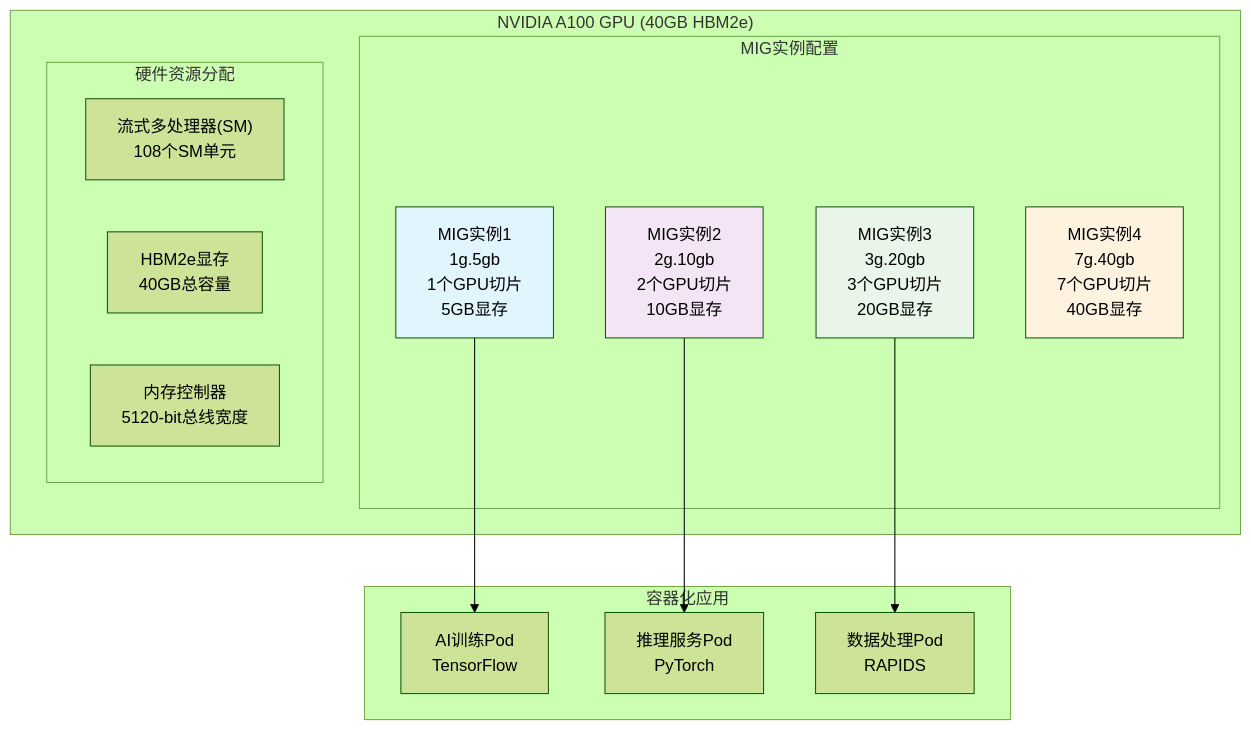
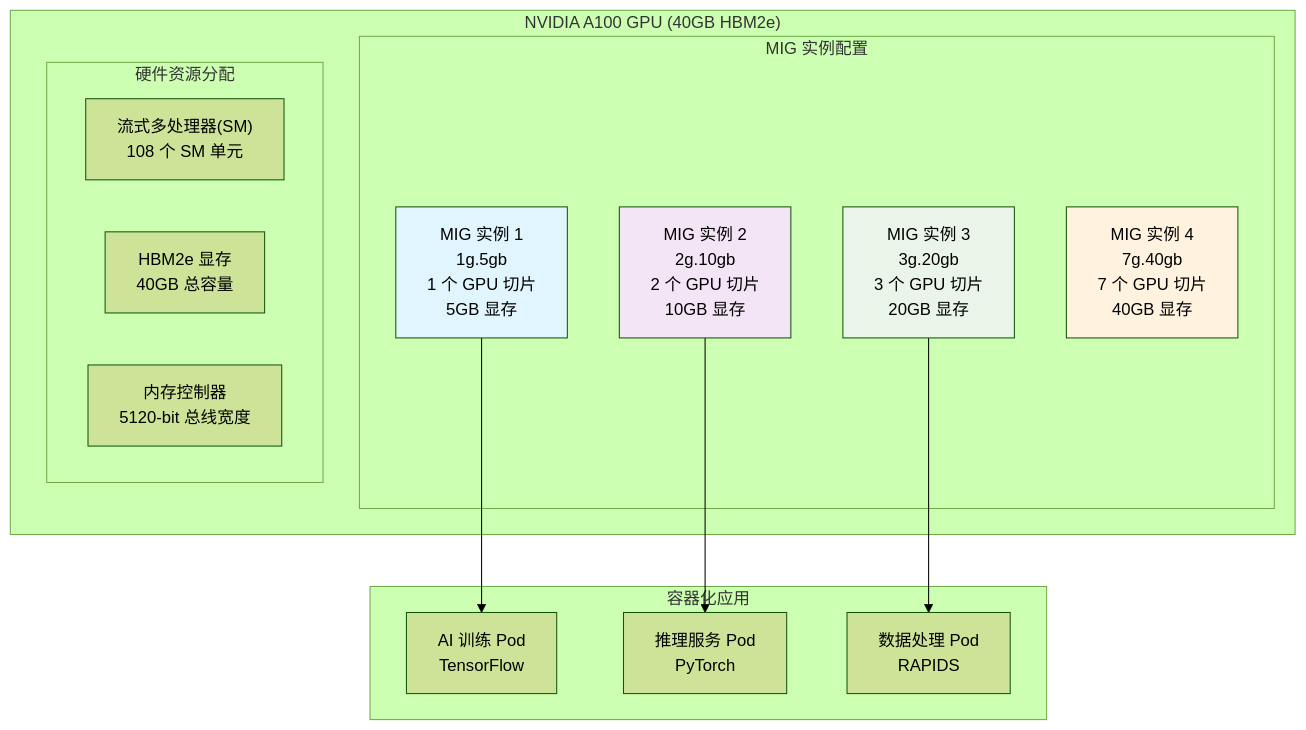
One commit to ForceInjection/AI-fundamentals changed the first of 5 diagrams in gpu_manager/第二部分：虚拟化技术篇.md. Above: the diagram before and after it, drawn with Mermaid (forest theme). The commit also changed other lines of this file and 4 other files, not shown here.

````diff
--- a/gpu_manager/第二部分：虚拟化技术篇.md
+++ b/gpu_manager/第二部分：虚拟化技术篇.md
@@ -108,32 +402,32 @@
 ```mermaid
 graph TB
     subgraph "NVIDIA A100 GPU (40GB HBM2e)"
-        subgraph "MIG实例配置"
-            MIG1["MIG实例1<br/>1g.5gb<br/>1个GPU切片<br/>5GB显存"]
-            MIG2["MIG实例2<br/>2g.10gb<br/>2个GPU切片<br/>10GB显存"]
-            MIG3["MIG实例3<br/>3g.20gb<br/>3个GPU切片<br/>20GB显存"]
-            MIG4["MIG实例4<br/>7g.40gb<br/>7个GPU切片<br/>40GB显存"]
+        subgraph "MIG 实例配置"
+            MIG1["MIG 实例 1<br/>1g.5gb<br/>1 个 GPU 切片<br/>5GB 显存"]
+            MIG2["MIG 实例 2<br/>2g.10gb<br/>2 个 GPU 切片<br/>10GB 显存"]
+            MIG3["MIG 实例 3<br/>3g.20gb<br/>3 个 GPU 切片<br/>20GB 显存"]
+            MIG4["MIG 实例 4<br/>7g.40gb<br/>7 个 GPU 切片<br/>40GB 显存"]
         end
         
         subgraph "硬件资源分配"
-            SM["流式多处理器(SM)<br/>108个SM单元"]
-            MEM["HBM2e显存<br/>40GB总容量"]
-            MC["内存控制器<br/>5120-bit总线宽度"]
+            SM["流式多处理器(SM)<br/>108 个 SM 单元"]
+            MEM["HBM2e 显存<br/>40GB 总容量"]
+            MC["内存控制器<br/>5120-bit 总线宽度"]
         end
     end
     
     subgraph "容器化应用"
-        POD1["AI训练Pod<br/>TensorFlow"]
-        POD2["推理服务Pod<br/>PyTorch"]
-        POD3["数据处理Pod<br/>RAPIDS"]
+        POD1["AI 训练 Pod<br/>TensorFlow"]
+        POD2["推理服务 Pod<br/>PyTorch"]
+        POD3["数据处理 Pod<br/>RAPIDS"]
     end
     
     MIG1 --> POD1
     MIG2 --> POD2
     MIG3 --> POD3
     
     style MIG1 fill:#e1f5fe
     style MIG2 fill:#f3e5f5
     style MIG3 fill:#e8f5e8
     style MIG4 fill:#fff3e0
 ```
````
